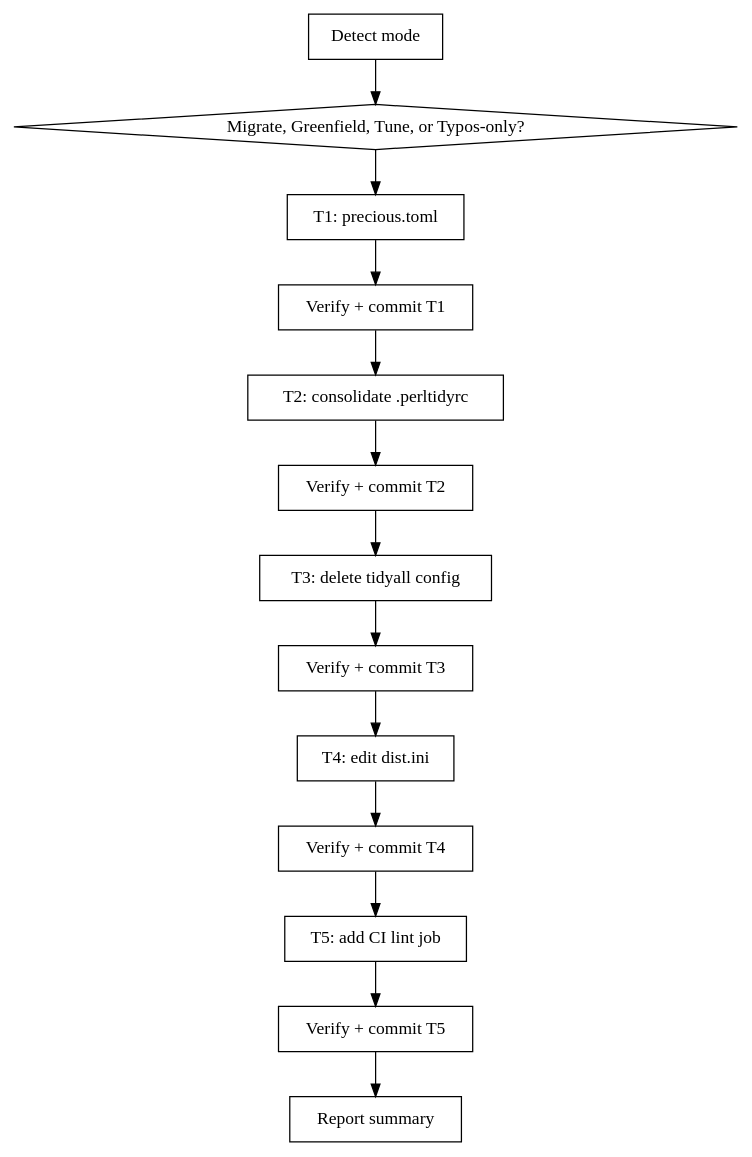
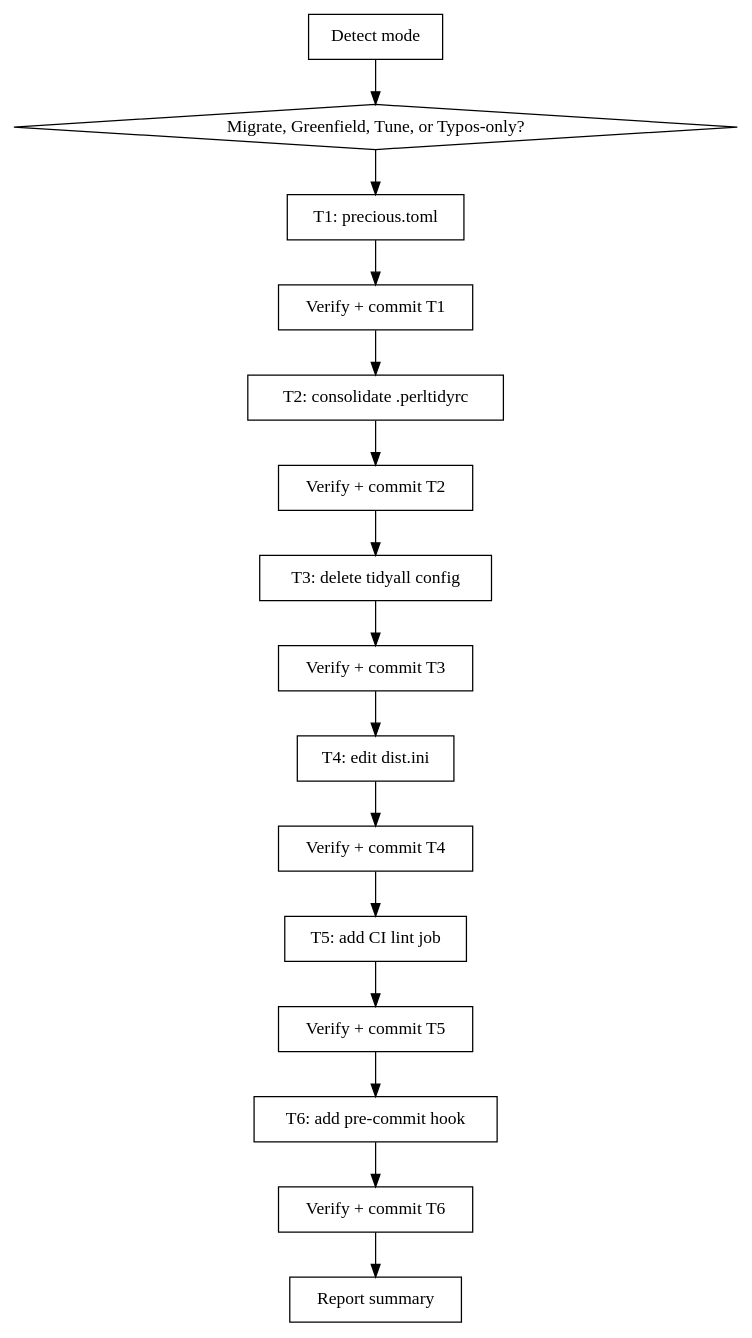
The diagram in skills/tune-precious/SKILL.md (oalders/kitchen-sink), drawn with Graphviz before and after one commit. The commit also changed other lines of this file and 2 other files, not shown here.

First line of the commit message:
tune-precious: add T6 pre-commit hook transform

````diff
--- a/skills/tune-precious/SKILL.md
+++ b/skills/tune-precious/SKILL.md
@@ -62,30 +63,34 @@
 ```dot
 digraph tune_precious {
     "Detect mode" [shape=box];
     "Migrate, Greenfield, Tune, or Typos-only?" [shape=diamond];
     "T1: precious.toml" [shape=box];
     "Verify + commit T1" [shape=box];
     "T2: consolidate .perltidyrc" [shape=box];
     "Verify + commit T2" [shape=box];
     "T3: delete tidyall config" [shape=box];
     "Verify + commit T3" [shape=box];
     "T4: edit dist.ini" [shape=box];
     "Verify + commit T4" [shape=box];
     "T5: add CI lint job" [shape=box];
     "Verify + commit T5" [shape=box];
+    "T6: add pre-commit hook" [shape=box];
+    "Verify + commit T6" [shape=box];
     "Report summary" [shape=box];
 
     "Detect mode" -> "Migrate, Greenfield, Tune, or Typos-only?";
     "Migrate, Greenfield, Tune, or Typos-only?" -> "T1: precious.toml";
     "T1: precious.toml" -> "Verify + commit T1";
     "Verify + commit T1" -> "T2: consolidate .perltidyrc";
     "T2: consolidate .perltidyrc" -> "Verify + commit T2";
     "Verify + commit T2" -> "T3: delete tidyall config";
     "T3: delete tidyall config" -> "Verify + commit T3";
     "Verify + commit T3" -> "T4: edit dist.ini";
     "T4: edit dist.ini" -> "Verify + commit T4";
     "Verify + commit T4" -> "T5: add CI lint job";
     "T5: add CI lint job" -> "Verify + commit T5";
-    "Verify + commit T5" -> "Report summary";
+    "Verify + commit T5" -> "T6: add pre-commit hook";
+    "T6: add pre-commit hook" -> "Verify + commit T6";
+    "Verify + commit T6" -> "Report summary";
 }
 ```
````
